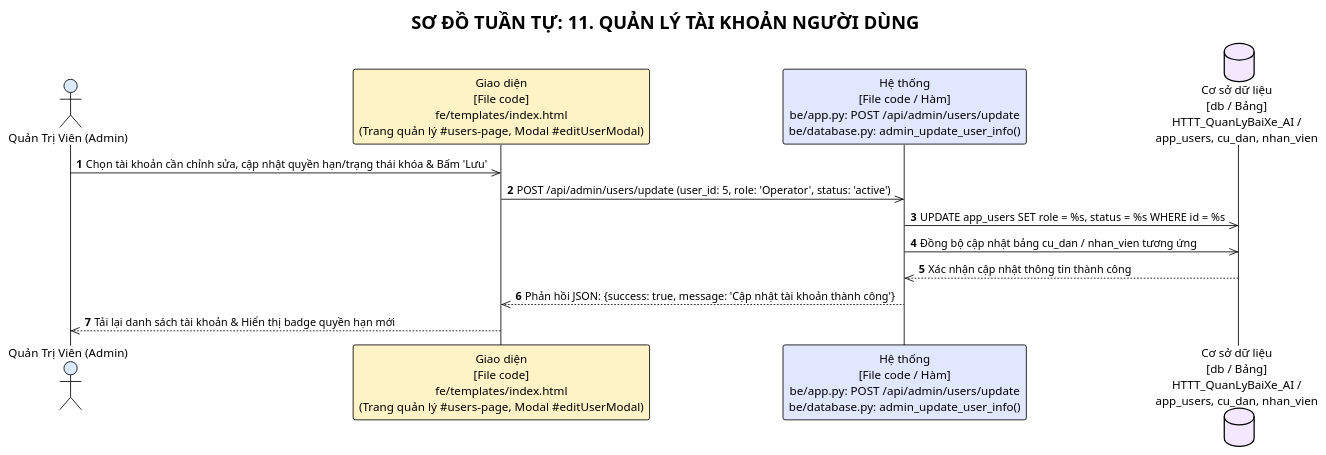
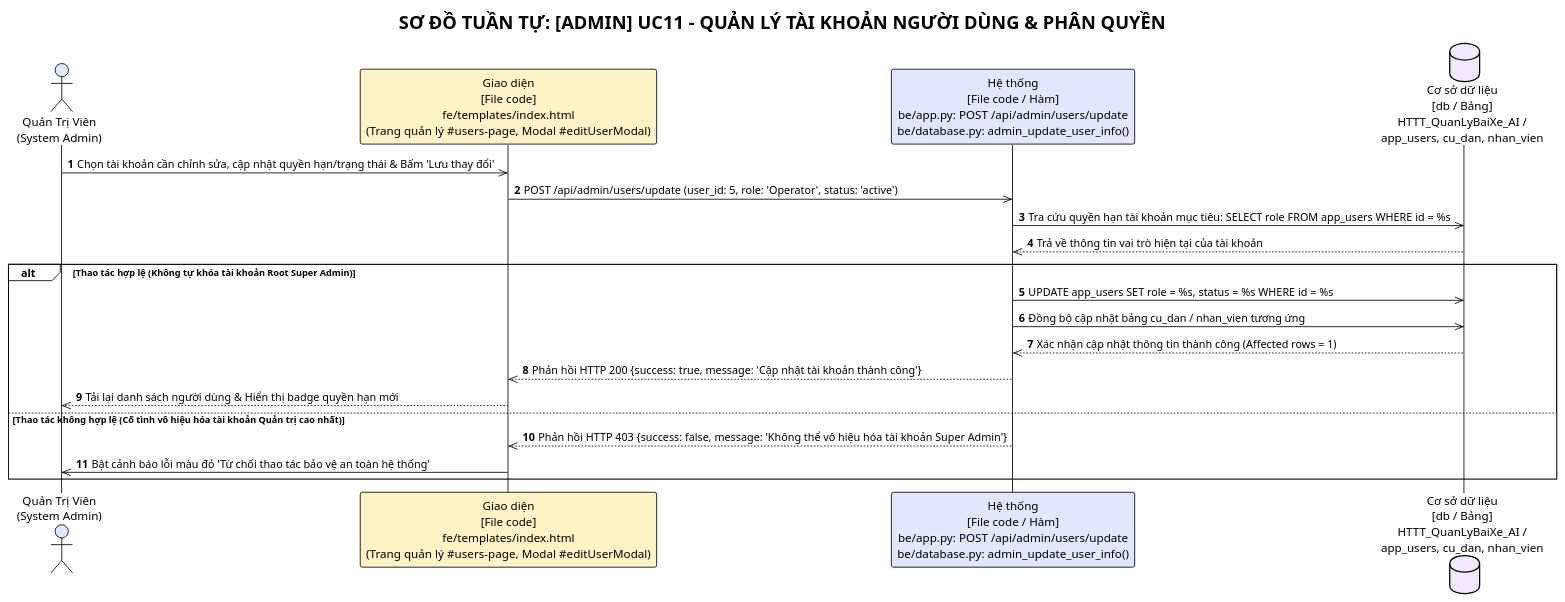
One commit to Truong027/CNPM24 changed diagram 11 of 13 in ongthanquoctruong_24CT2_cnpm/docs/SEQUENCE_DIAGRAMS.puml. Above: the diagram before and after it, drawn with PlantUML. The commit also changed other lines of this file and 26 other files, not shown here.

Commit message:
docs: update sequence diagrams with actor stick figures, alt frames, and grouped by actor

```diff
--- a/ongthanquoctruong_24CT2_cnpm/docs/SEQUENCE_DIAGRAMS.puml
+++ b/ongthanquoctruong_24CT2_cnpm/docs/SEQUENCE_DIAGRAMS.puml
@@ -220,19 +301,27 @@
 @startuml uc11_admin_user_mgmt
 !theme plain
-title SƠ ĐỒ TUẦN TỰ: 11. QUẢN LÝ TÀI KHOẢN NGƯỜI DÙNG
+title SƠ ĐỒ TUẦN TỰ: [ADMIN] UC11 - QUẢN LÝ TÀI KHOẢN NGƯỜI DÙNG & PHÂN QUYỀN
 autonumber
 
-actor "Quản Trị Viên (Admin)" as Actor #DBEAFE
+actor "Quản Trị Viên\n(System Admin)" as Actor #DBEAFE
 participant "Giao diện\n[File code]\nfe/templates/index.html\n(Trang quản lý #users-page, Modal #editUserModal)" as UI #FEF3C7
 participant "Hệ thống\n[File code / Hàm]\nbe/app.py: POST /api/admin/users/update\nbe/database.py: admin_update_user_info()" as Sys #E0E7FF
 database "Cơ sở dữ liệu\n[db / Bảng]\nHTTT_QuanLyBaiXe_AI /\napp_users, cu_dan, nhan_vien" as DB #F3E8FF
 
-Actor ->> UI: Chọn tài khoản cần chỉnh sửa, cập nhật quyền hạn/trạng thái khóa & Bấm 'Lưu'
+Actor ->> UI: Chọn tài khoản cần chỉnh sửa, cập nhật quyền hạn/trạng thái & Bấm 'Lưu thay đổi'
 UI ->> Sys: POST /api/admin/users/update (user_id: 5, role: 'Operator', status: 'active')
-Sys ->> DB: UPDATE app_users SET role = %s, status = %s WHERE id = %s
-Sys ->> DB: Đồng bộ cập nhật bảng cu_dan / nhan_vien tương ứng
-DB -->> Sys: Xác nhận cập nhật thông tin thành công
-Sys -->> UI: Phản hồi JSON: {success: true, message: 'Cập nhật tài khoản thành công'}
-UI -->> Actor: Tải lại danh sách tài khoản & Hiển thị badge quyền hạn mới
+Sys ->> DB: Tra cứu quyền hạn tài khoản mục tiêu: SELECT role FROM app_users WHERE id = %s
+DB -->> Sys: Trả về thông tin vai trò hiện tại của tài khoản
+
+alt Thao tác hợp lệ (Không tự khóa tài khoản Root Super Admin)
+    Sys ->> DB: UPDATE app_users SET role = %s, status = %s WHERE id = %s
+    Sys ->> DB: Đồng bộ cập nhật bảng cu_dan / nhan_vien tương ứng
+    DB -->> Sys: Xác nhận cập nhật thông tin thành công (Affected rows = 1)
+    Sys -->> UI: Phản hồi HTTP 200 {success: true, message: 'Cập nhật tài khoản thành công'}
+    UI -->> Actor: Tải lại danh sách người dùng & Hiển thị badge quyền hạn mới
+else Thao tác không hợp lệ (Cố tình vô hiệu hóa tài khoản Quản trị cao nhất)
+    Sys -->> UI: Phản hồi HTTP 403 {success: false, message: 'Không thể vô hiệu hóa tài khoản Super Admin'}
+    UI ->> Actor: Bật cảnh báo lỗi màu đỏ 'Từ chối thao tác bảo vệ an toàn hệ thống'
+end
 
 @enduml
```
